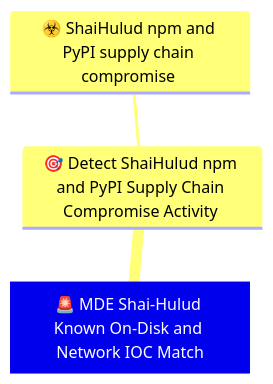
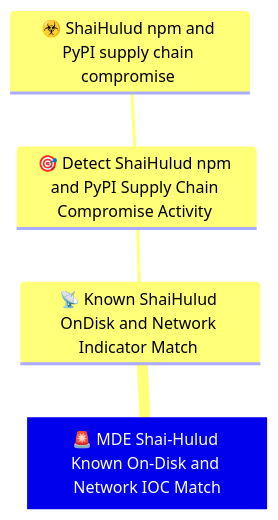
Before and after one commit to OpenTideHQ/WikiTide: the diagram in Models/Detection Rules/🚨 MDE Shai-Hulud Known On-Disk and Network IOC Match.md, drawn with Mermaid. The commit also changed other lines of this file and 23 other files, not shown here.

````diff
--- a/Models/Detection Rules/🚨 MDE Shai-Hulud Known On-Disk and Network IOC Match.md
+++ b/Models/Detection Rules/🚨 MDE Shai-Hulud Known On-Disk and Network IOC Match.md
@@ -39,11 +39,13 @@
 ```mermaid
 
 mindmap
 Root[🚨 MDE Shai-Hulud Known On-Disk and Network IOC Match]
     
-      🎯 Detect ShaiHulud npm and PyPI Supply Chain Compromise Activity 
-          ☣️ ShaiHulud npm and PyPI supply chain compromise 
+      📡 Known ShaiHulud OnDisk and Network Indicator Match 
+          🎯 Detect ShaiHulud npm and PyPI Supply Chain Compromise Activity 
+              ☣️ ShaiHulud npm and PyPI supply chain compromise 
+        
     
 
 
 ```
````
